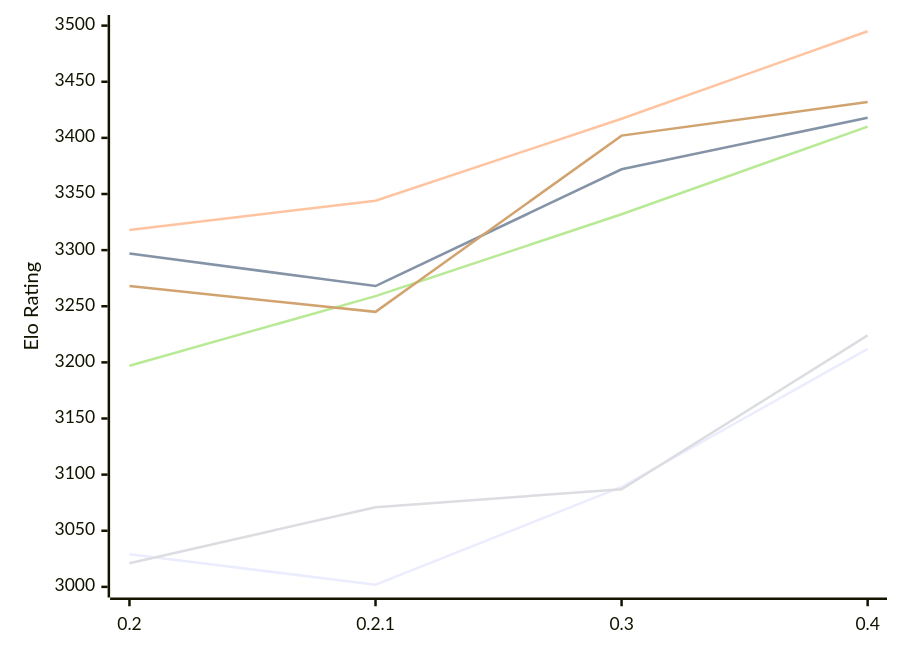
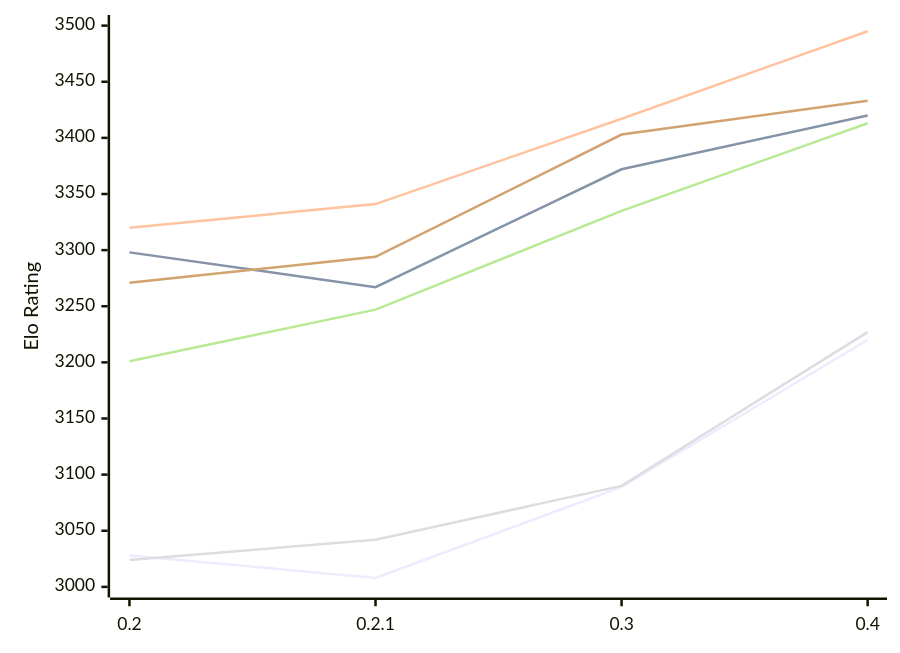
One commit to computer-chess-index/cci changed the diagram in engines/StockDory.md. Above: the diagram before and after it, drawn with Mermaid. The commit also changed other lines of this file, not shown here.

Commit message:
Update CCI Ratings (ELO VLTC) - 2026-11-24

````diff
--- a/engines/StockDory.md
+++ b/engines/StockDory.md
@@ -53,12 +53,12 @@
 ```mermaid
 %%{init: {"theme":"base","themeVariables":{"seriesColors:['#a3a3a3','#222221','#faa371']}}}%%
 xychart-beta
   x-axis ["0.2", "0.2.1", "0.3", "0.4"]
   y-axis "Elo Rating" 3000 --> 3500
-  line "E1: STC (8.0+0.08s)" [3029, 3002, 3089, 3212]
-  line "E1: LTC (60.0+0.60s)" [3297, 3268, 3372, 3418]
-  line "E1: VLTC (2m24s+1.12s)" [3318, 3344, 3417, 3495]
-  line "P1: STC (8.0+0.08s)" [3021, 3071, 3087, 3224]
-  line "P1: LTC (60.0+0.60s)" [3197, 3259, 3332, 3410]
-  line "P1: VLTC (2m24s+1.12s)" [3268, 3245, 3402, 3432]
+  line "E1: STC (8.0+0.08s)" [3028, 3008, 3089, 3220]
+  line "E1: LTC (60.0+0.60s)" [3298, 3267, 3372, 3420]
+  line "E1: VLTC (2m24s+1.12s)" [3320, 3341, 3417, 3495]
+  line "P1: STC (8.0+0.08s)" [3024, 3042, 3090, 3227]
+  line "P1: LTC (60.0+0.60s)" [3201, 3247, 3335, 3413]
+  line "P1: VLTC (2m24s+1.12s)" [3271, 3294, 3403, 3433]
 ```
````
